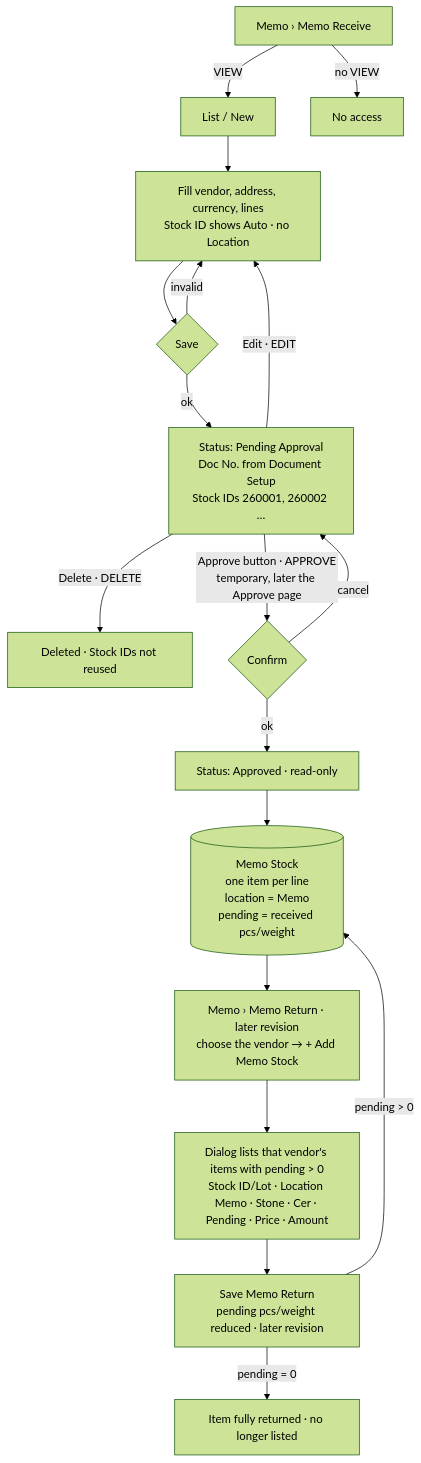
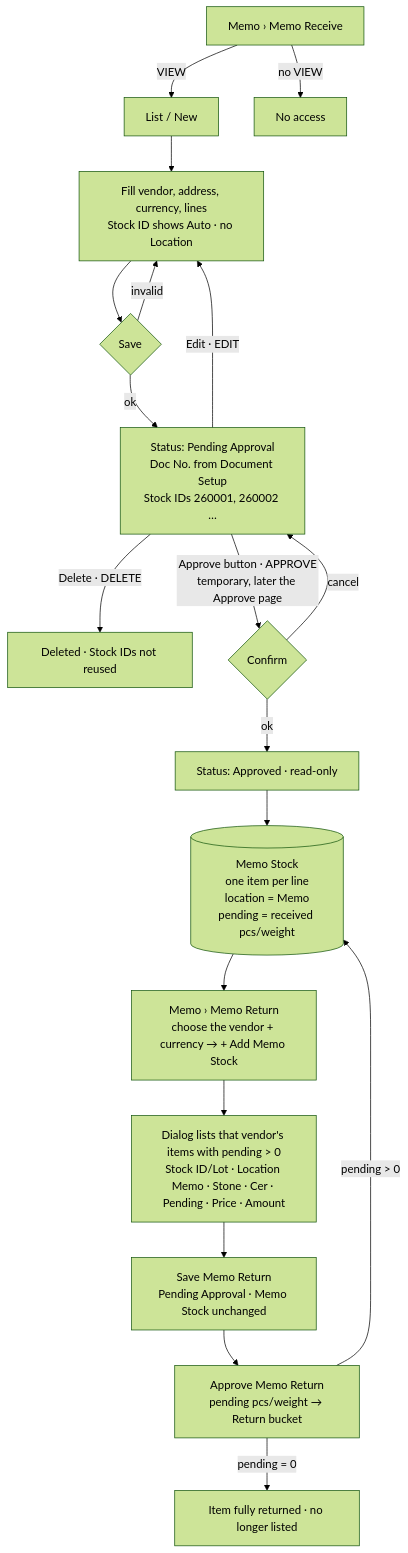
Before and after one commit to jeweal-pm/gms-system-monorepo: the diagram in document/diagram/memo-receive-flow.md, drawn with Mermaid (forest theme). The commit also changed other lines of this file and 6 other files, not shown here.

First line of the commit message:
docs: memo return diagrams and contract as built

````diff
--- a/document/diagram/memo-receive-flow.md
+++ b/document/diagram/memo-receive-flow.md
@@ -5,20 +5,21 @@
 ```mermaid
 flowchart TD
   A[Memo › Memo Receive] -->|VIEW| B[List / New]
   A -->|no VIEW| X[No access]
   B --> C[Fill vendor, address, currency, lines<br/>Stock ID shows Auto · no Location]
   C --> D{Save}
   D -->|invalid| C
   D -->|ok| E[Status: Pending Approval<br/>Doc No. from Document Setup<br/>Stock IDs 260001, 260002 …]
   E -->|Edit · EDIT| C
   E -->|Delete · DELETE| Z[Deleted · Stock IDs not reused]
   E -->|Approve button · APPROVE<br/>temporary, later the Approve page| F{Confirm}
   F -->|cancel| E
   F -->|ok| G[Status: Approved · read-only]
   G --> H[(Memo Stock<br/>one item per line<br/>location = Memo<br/>pending = received pcs/weight)]
-  H --> I[Memo › Memo Return · later revision<br/>choose the vendor → + Add Memo Stock]
+  H --> I[Memo › Memo Return<br/>choose the vendor + currency → + Add Memo Stock]
   I --> J[Dialog lists that vendor's items with pending > 0<br/>Stock ID/Lot · Location Memo · Stone · Cer · Pending · Price · Amount]
-  J --> K[Save Memo Return<br/>pending pcs/weight reduced · later revision]
-  K -->|pending = 0| L[Item fully returned · no longer listed]
-  K -->|pending > 0| H
+  J --> K[Save Memo Return<br/>Pending Approval · Memo Stock unchanged]
+  K --> K2[Approve Memo Return<br/>pending pcs/weight → Return bucket]
+  K2 -->|pending = 0| L[Item fully returned · no longer listed]
+  K2 -->|pending > 0| H
 ```
````
